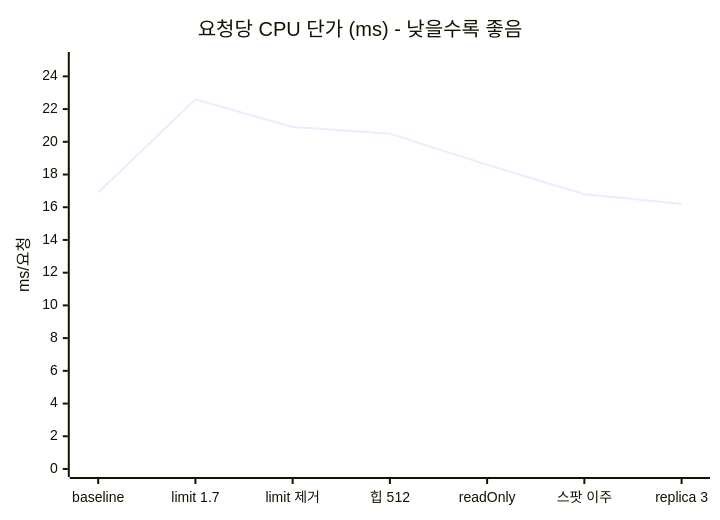
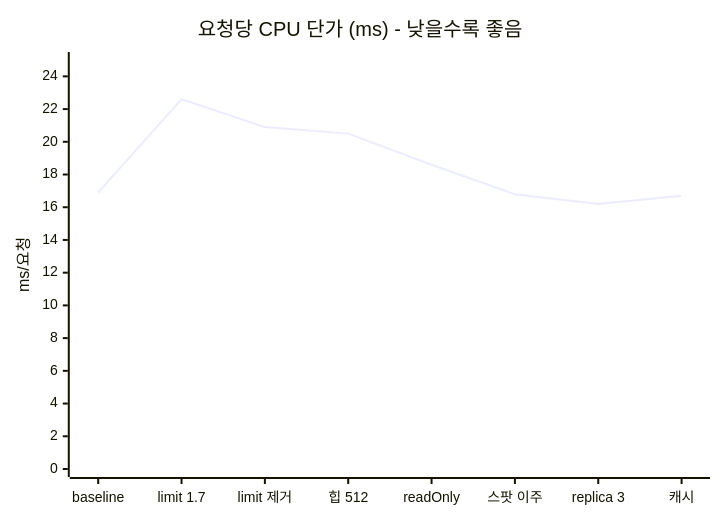
The second of 4 diagrams in autoscaling/loadtest/results/04-콘텐츠폭주/README.md (Minchae0322/yogurtte-rca-agent), drawn with Mermaid before and after one commit. The commit also changed other lines of this file, not shown here.

````diff
--- a/autoscaling/loadtest/results/04-콘텐츠폭주/README.md
+++ b/autoscaling/loadtest/results/04-콘텐츠폭주/README.md
@@ -18,7 +18,7 @@
 ```mermaid
 xychart-beta
     title "요청당 CPU 단가 (ms) - 낮을수록 좋음"
-    x-axis ["baseline", "limit 1.7", "limit 제거", "힙 512", "readOnly", "스팟 이주", "replica 3"]
+    x-axis ["baseline", "limit 1.7", "limit 제거", "힙 512", "readOnly", "스팟 이주", "replica 3", "캐시"]
     y-axis "ms/요청" 0 --> 25
-    line [16.9, 22.6, 20.9, 20.5, 18.6, 16.8, 16.2]
+    line [16.9, 22.6, 20.9, 20.5, 18.6, 16.8, 16.2, 16.7]
 ```
````
